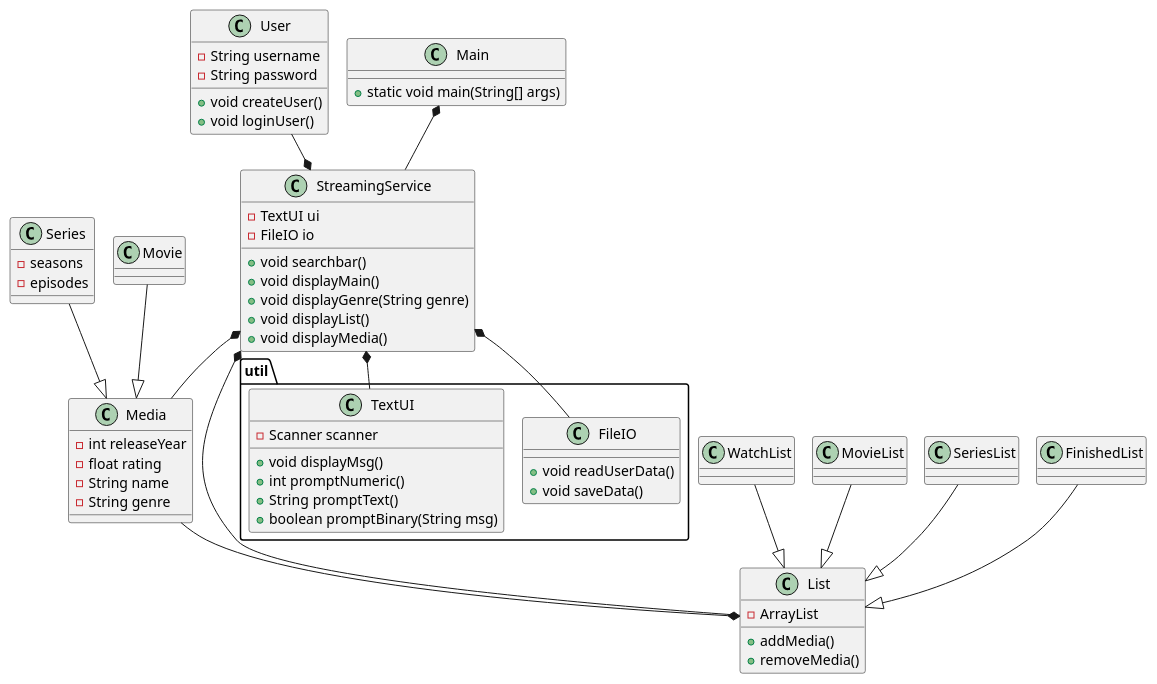
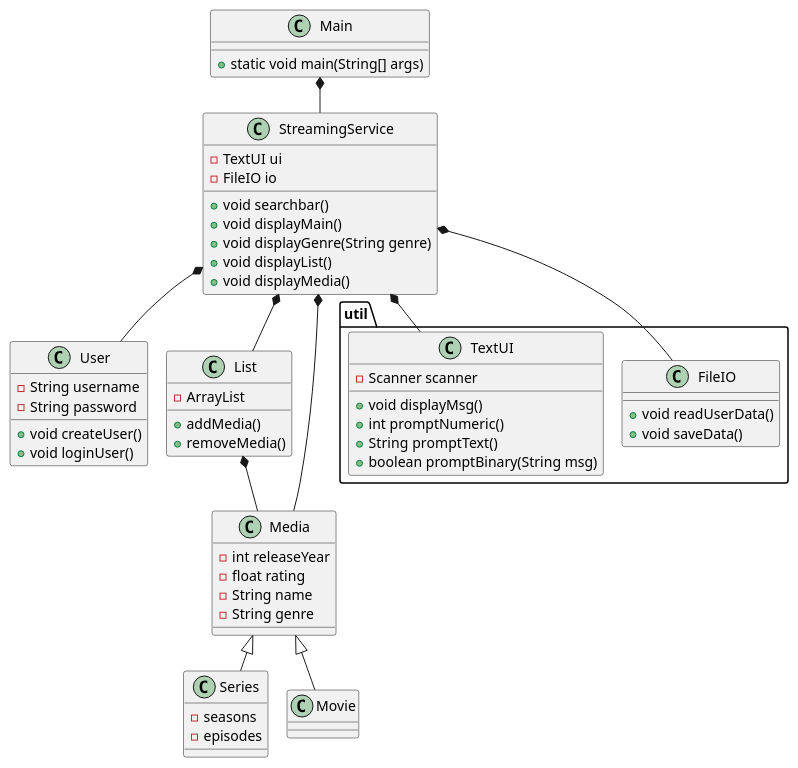
One commit to Bojuuh/SP3 changed the diagram in doc/ClassDiagramV01.puml. Above: the diagram before and after it, drawn with PlantUML.

Commit message:
Updated ClassDiagramV01.puml after advice meeting

```diff
--- a/doc/ClassDiagramV01.puml
+++ b/doc/ClassDiagramV01.puml
@@ -1,93 +1,89 @@
 @startuml
 'https://plantuml.com/sequence-diagram
 !pragma layout smetana
 
 class User{
 - String username
 - String password
 + void createUser()
 + void loginUser()
 }
 
 class Main{
 
 + static void main(String[] args)
 }
 
 class StreamingService{
 
 + void searchbar()
 - TextUI ui
 - FileIO io
 + void displayMain()
 + void displayGenre(String genre)
 + void displayList()
 + void displayMedia()
 
 
 
 }
 
 class List{
 
 - ArrayList
 + addMedia()
 + removeMedia()
 
 
 }
 
 package "util" {
 
 class FileIO{
 + void readUserData()
 + void saveData()
 
 }
 class TextUI{
 - Scanner scanner
 + void displayMsg()
 + int promptNumeric()
 + String promptText()
 + boolean promptBinary(String msg)
 
 }
 }
 
 class Media{
 
 - int releaseYear
 - float rating
 - String name
 - String genre
 
 
 
 }
 
 class Series{
 
 - seasons
 - episodes
 
 }
 
+Media <|-- Movie
+Media <|-- Series
 
-Movie --|> Media
-Series --|> Media
 StreamingService *-- Media
 
 
-WatchList --|> List
-MovieList --|> List
-SeriesList --|> List
-FinishedList --|> List
 
 Main *-- StreamingService
-User --* StreamingService
+StreamingService *-- User
 StreamingService *-- List
-Media --* List
+List *-- Media
 
 StreamingService *-- TextUI
 StreamingService *-- FileIO
 @enduml
```
